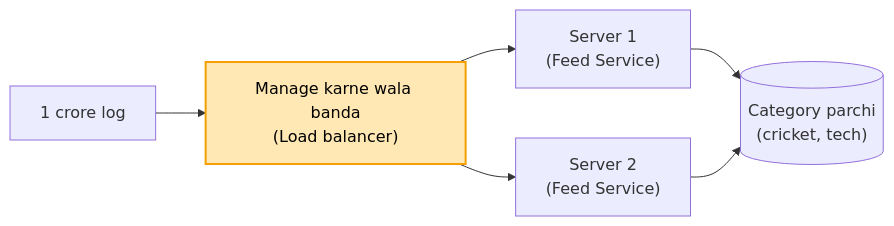
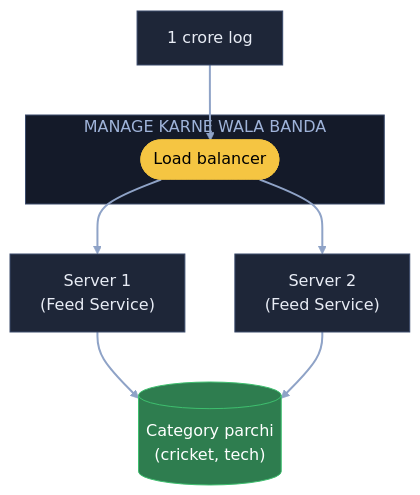
The fifth of 11 diagrams in 04_HLD/SYSTEM_DESIGNS/08_news_aggregator/08_news_aggregator.md (ArpanMaheshwari144/Prep), drawn with Mermaid before and after one commit. The commit also changed other lines of this file, not shown here.

Commit message:
News: 11 diagram YouTube (reel) wale card andaaz me

````diff
--- a/04_HLD/SYSTEM_DESIGNS/08_news_aggregator/08_news_aggregator.md
+++ b/04_HLD/SYSTEM_DESIGNS/08_news_aggregator/08_news_aggregator.md
@@ -105,9 +149,21 @@
 ```mermaid
-flowchart LR
-    U["1 crore log"] --> LB["Manage karne wala banda<br/>(Load balancer)"]
-    LB --> F1["Server 1<br/>(Feed Service)"]
-    LB --> F2["Server 2<br/>(Feed Service)"]
-    F1 --> P[("Category parchi<br/>(cricket, tech)")]
+flowchart TB
+    U["1 crore log"]:::card
+    subgraph MB["MANAGE KARNE WALA BANDA"]
+        LB(["Load balancer"]):::pill
+    end
+    F1["Server 1<br/>(Feed Service)"]:::card
+    F2["Server 2<br/>(Feed Service)"]:::card
+    P[("Category parchi<br/>(cricket, tech)")]:::good
+    U --> LB
+    LB --> F1
+    LB --> F2
+    F1 --> P
     F2 --> P
-    style LB fill:#ffe8b3,stroke:#f59f00,stroke-width:2px,color:#000
+    linkStyle default stroke:#8fa3c7,stroke-width:2px
+    classDef card fill:#1e2638,stroke:#3a4a6b,color:#e8ecf5
+    classDef pill fill:#f5c542,stroke:#f5c542,color:#000
+    classDef good fill:#2e7d4f,stroke:#3fbf6f,color:#fff
+    classDef bad fill:#5c1f24,stroke:#e05561,color:#fff
+    style MB fill:#141a29,stroke:#3a4a6b,color:#9fb3d9
 ```
````
